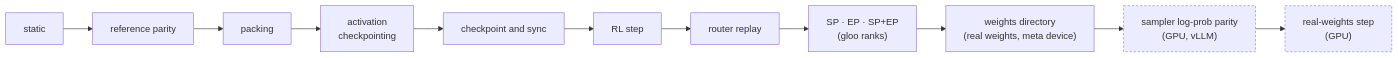
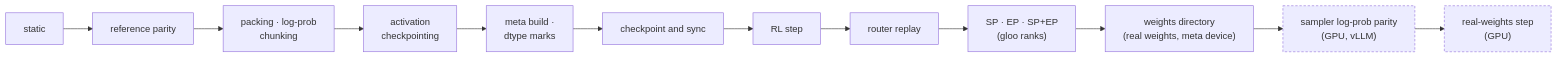
The eighth of 10 diagrams in docs/model-plugins/spec.md (Snowflake-AI-Research/Arctic-Platform), drawn with Mermaid before and after one commit. The commit also changed other lines of this file and 30 other files, not shown here.

````diff
--- a/docs/model-plugins/spec.md
+++ b/docs/model-plugins/spec.md
@@ -505,9 +555,9 @@
 ```mermaid
 flowchart LR
-    S["static"] --> R["reference parity"] --> K["packing"] --> A["activation<br/>checkpointing"] --> W["checkpoint and sync"]
+    S["static"] --> R["reference parity"] --> K["packing · log-prob<br/>chunking"] --> A["activation<br/>checkpointing"] --> M["meta build ·<br/>dtype marks"] --> W["checkpoint and sync"]
     W --> L["RL step"] --> Q["router replay"] --> P["SP · EP · SP+EP<br/>(gloo ranks)"]
     P --> D["weights directory<br/>(real weights, meta device)"]
     D --> G1["sampler log-prob parity<br/>(GPU, vLLM)"] --> G2["real-weights step<br/>(GPU)"]
     classDef gpu stroke-dasharray: 4 3
     class G1,G2 gpu
 ```
````
